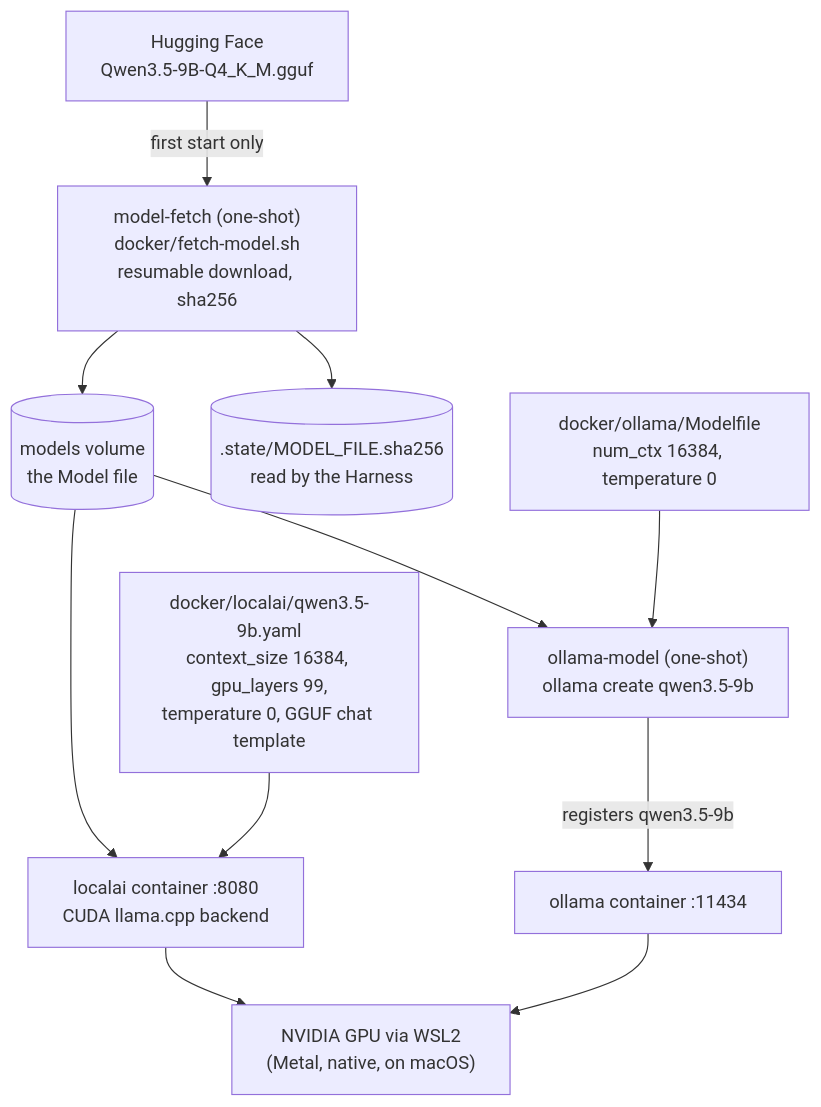
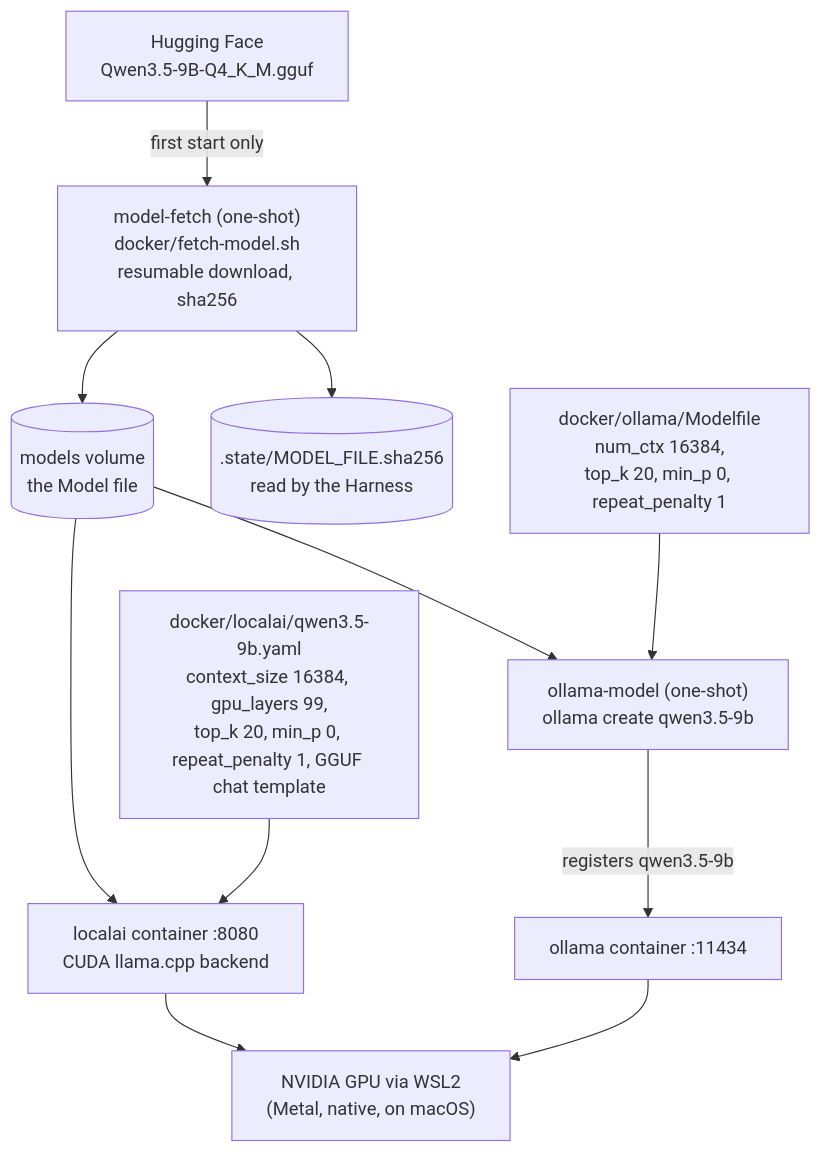
Before and after one commit to Isihaaaa/localai-vs-ollama: the second of 6 diagrams in CONTEXT.md, drawn with Mermaid. The commit also changed other lines of this file and 12 other files, not shown here.

````diff
--- a/CONTEXT.md
+++ b/CONTEXT.md
@@ -175,24 +179,24 @@
 ```mermaid
 flowchart TB
     hf["Hugging Face<br/>Qwen3.5-9B-Q4_K_M.gguf"]
     fetch["model-fetch (one-shot)<br/>docker/fetch-model.sh<br/>resumable download, sha256"]
     models[("models volume<br/>the Model file")]
     state[(".state/MODEL_FILE.sha256<br/>read by the Harness")]
-    lacfg["docker/localai/qwen3.5-9b.yaml<br/>context_size 16384, gpu_layers 99,<br/>temperature 0, GGUF chat template"]
-    olcfg["docker/ollama/Modelfile<br/>num_ctx 16384, temperature 0"]
+    lacfg["docker/localai/qwen3.5-9b.yaml<br/>context_size 16384, gpu_layers 99,<br/>top_k 20, min_p 0, repeat_penalty 1, GGUF chat template"]
+    olcfg["docker/ollama/Modelfile<br/>num_ctx 16384,<br/>top_k 20, min_p 0, repeat_penalty 1"]
     ollamamodel["ollama-model (one-shot)<br/>ollama create qwen3.5-9b"]
     localai["localai container :8080<br/>CUDA llama.cpp backend"]
     ollama["ollama container :11434"]
     gpu["NVIDIA GPU via WSL2<br/>(Metal, native, on macOS)"]
 
     hf -->|"first start only"| fetch
     fetch --> models
     fetch --> state
     models --> localai
     lacfg --> localai
     models --> ollamamodel
     olcfg --> ollamamodel
     ollamamodel -->|"registers qwen3.5-9b"| ollama
     localai --> gpu
     ollama --> gpu
 ```
````
